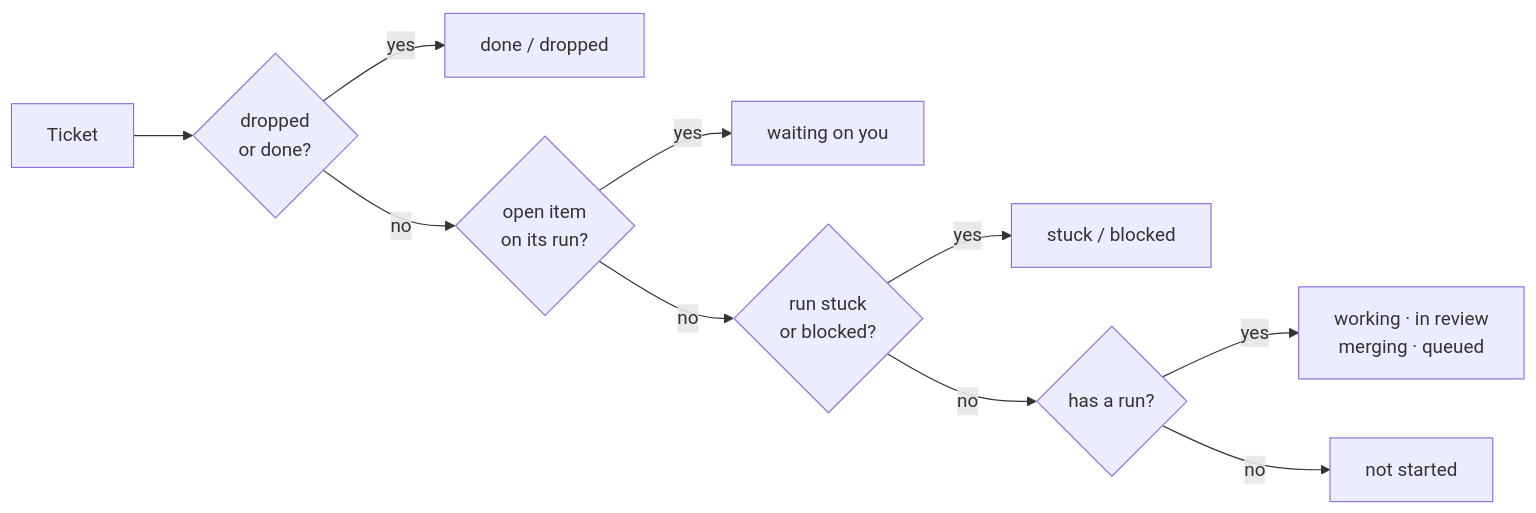
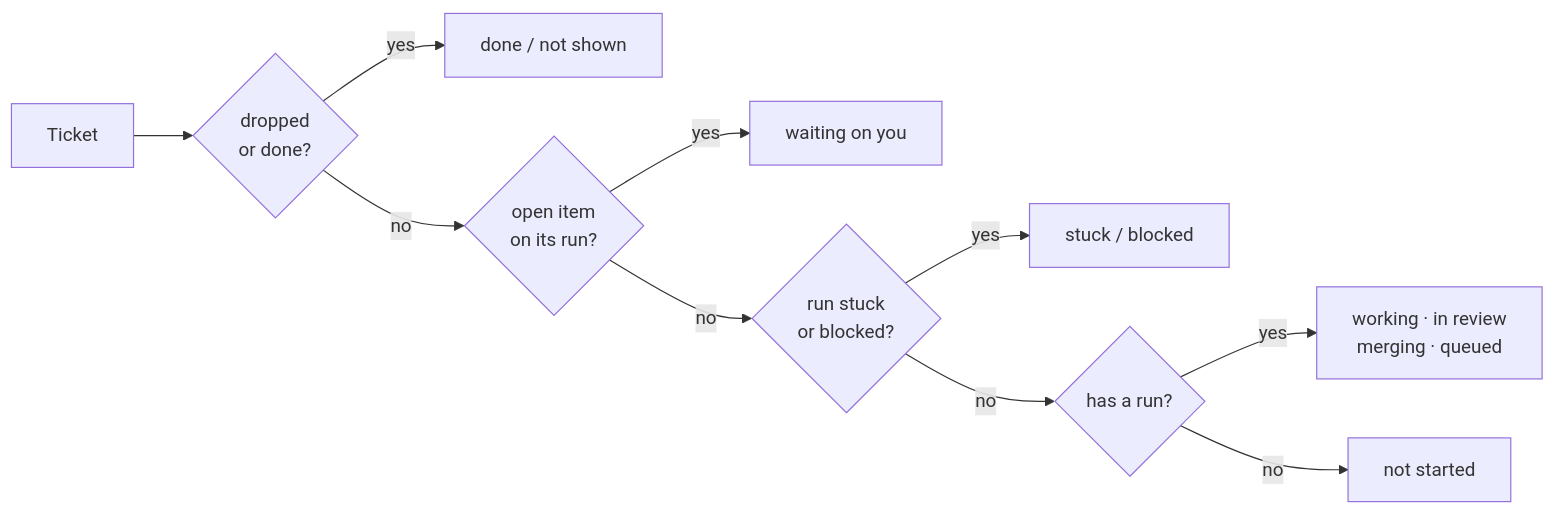
Before and after one commit to Synapsium-Labs/ccrc-pwa: the second of 3 diagrams in docs/superpowers/specs/2026-11-16-programme-work-map-design.md, drawn with Mermaid. The commit also changed other lines of this file and 5 other files, not shown here.

````diff
--- a/docs/superpowers/specs/2026-11-16-programme-work-map-design.md
+++ b/docs/superpowers/specs/2026-11-16-programme-work-map-design.md
@@ -172,12 +202,12 @@
 ```mermaid
 flowchart LR
   T["Ticket"] --> D{"dropped<br/>or done?"}
-  D -- "yes" --> F["done / dropped"]
+  D -- "yes" --> F["done / not shown"]
   D -- "no" --> I{"open item<br/>on its run?"}
   I -- "yes" --> W["waiting on you"]
   I -- "no" --> S{"run stuck<br/>or blocked?"}
   S -- "yes" --> B["stuck / blocked"]
   S -- "no" --> R{"has a run?"}
   R -- "yes" --> P["working · in review<br/>merging · queued"]
   R -- "no" --> N["not started"]
 ```
````
